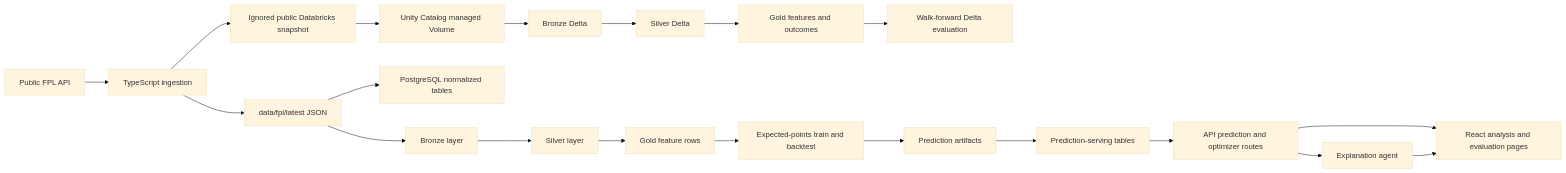
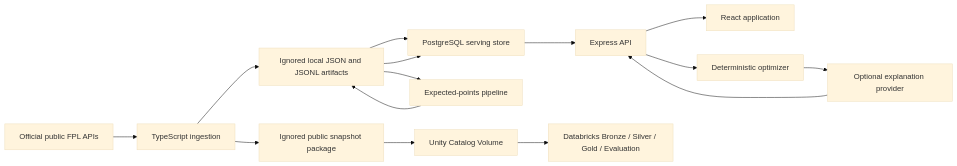
Before and after one commit to Zepronex/FPL-Optimizer: the diagram in docs/ARCHITECTURE.md, drawn with Mermaid (base theme). The commit also changed other lines of this file and 97 other files, not shown here.

````diff
--- a/docs/ARCHITECTURE.md
+++ b/docs/ARCHITECTURE.md
@@ -31,22 +7,30 @@
 ```mermaid
 flowchart LR
-  A["Public FPL API"] --> B["TypeScript ingestion"]
-  B --> C["data/fpl/latest JSON"]
-  B --> D0["Ignored public Databricks snapshot"]
-  D0 --> D1["Unity Catalog managed Volume"]
-  D1 --> D2["Bronze Delta"]
-  D2 --> D3["Silver Delta"]
-  D3 --> D4["Gold features and outcomes"]
-  D4 --> D5["Walk-forward Delta evaluation"]
-  C --> D["PostgreSQL normalized tables"]
-  C --> E["Bronze layer"]
-  E --> F["Silver layer"]
-  F --> G["Gold feature rows"]
-  G --> H["Expected-points train and backtest"]
-  H --> I["Prediction artifacts"]
-  I --> J["Prediction-serving tables"]
-  J --> K["API prediction and optimizer routes"]
-  K --> L["React analysis and evaluation pages"]
-  K --> M["Explanation agent"]
-  M --> L
+  FPL["Official public FPL APIs"]
+  ING["TypeScript ingestion"]
+  LOCAL["Ignored local JSON and JSONL artifacts"]
+  DB["PostgreSQL serving store"]
+  API["Express API"]
+  WEB["React application"]
+  MODEL["Expected-points pipeline"]
+  OPT["Deterministic optimizer"]
+  AGENT["Optional explanation provider"]
+  SNAP["Ignored public snapshot package"]
+  UC["Unity Catalog Volume"]
+  DATABRICKS["Databricks Bronze / Silver / Gold / Evaluation"]
+
+  FPL --> ING
+  ING --> LOCAL
+  LOCAL --> DB
+  LOCAL --> MODEL
+  MODEL --> LOCAL
+  LOCAL --> DB
+  DB --> API
+  API --> WEB
+  API --> OPT
+  OPT --> AGENT
+  AGENT --> API
+  ING --> SNAP
+  SNAP --> UC
+  UC --> DATABRICKS
 ```
````
